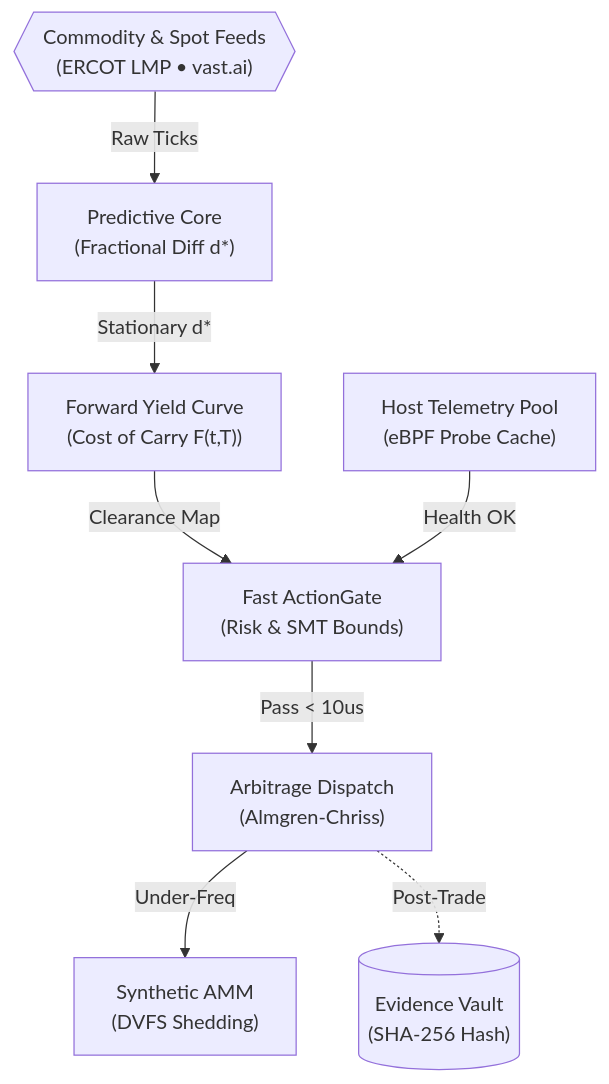
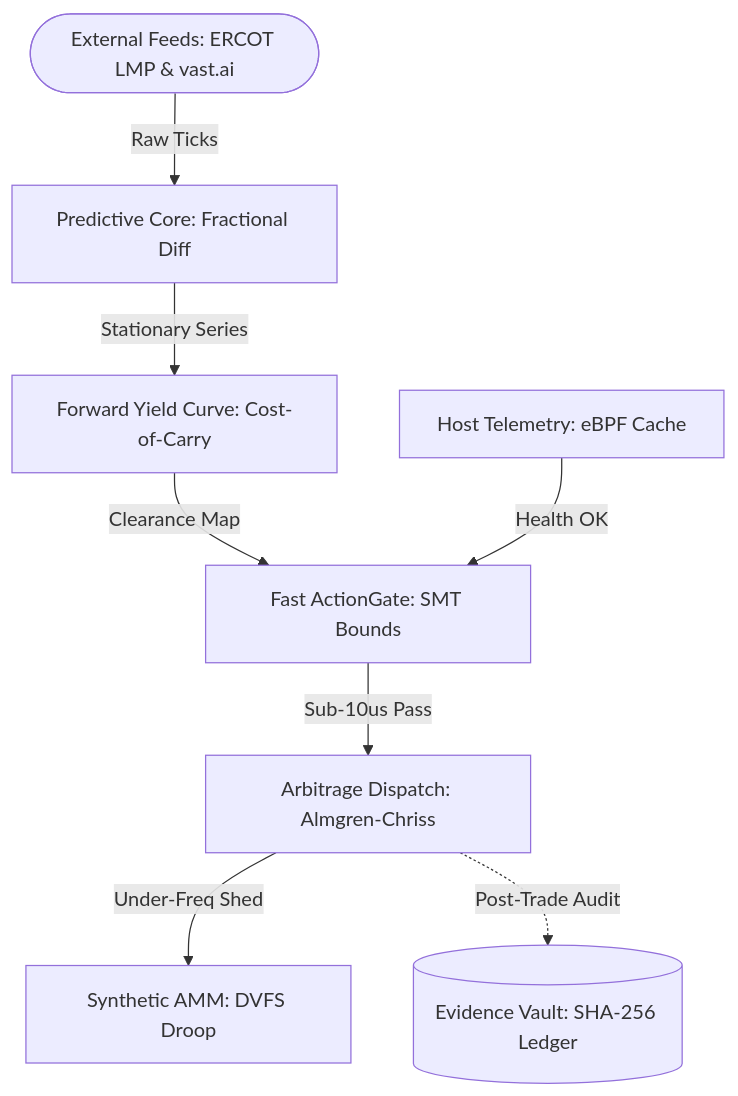
Before and after one commit to AAH20/apex-compute-energy-futures: the first of 3 diagrams in README.md, drawn with Mermaid. The commit also changed other lines of this file and 4 other files, not shown here.

Commit message:
fix(diagrams): sanitize mermaid syntax for 100% github native rendering

````diff
--- a/README.md
+++ b/README.md
@@ -40,12 +40,12 @@
 ```mermaid
 flowchart TD
-    EXT_FEEDS{{"Commodity & Spot Feeds<br>(ERCOT LMP • vast.ai)"}} -->|Raw Ticks| PRED["Predictive Core<br>(Fractional Diff d*)"]
-    PRED -->|Stationary d*| CURVE["Forward Yield Curve<br>(Cost of Carry F(t,T))"]
-    CURVE -->|Clearance Map| GATE["Fast ActionGate<br>(Risk & SMT Bounds)"]
+    EXT_FEEDS(["External Feeds: ERCOT LMP & vast.ai"]) -->|"Raw Ticks"| PRED["Predictive Core: Fractional Diff"]
+    PRED -->|"Stationary Series"| CURVE["Forward Yield Curve: Cost-of-Carry"]
+    CURVE -->|"Clearance Map"| GATE["Fast ActionGate: SMT Bounds"]
     
-    HEALTH["Host Telemetry Pool<br>(eBPF Probe Cache)"] -->|Health OK| GATE
-    GATE -->|Pass < 10us| EXEC["Arbitrage Dispatch<br>(Almgren-Chriss)"]
+    HEALTH["Host Telemetry: eBPF Cache"] -->|"Health OK"| GATE
+    GATE -->|"Sub-10us Pass"| EXEC["Arbitrage Dispatch: Almgren-Chriss"]
     
-    EXEC -->|Under-Freq| AMM["Synthetic AMM<br>(DVFS Shedding)"]
-    EXEC -.->|Post-Trade| AUDIT[("Evidence Vault<br>(SHA-256 Hash)")]
+    EXEC -->|"Under-Freq Shed"| AMM["Synthetic AMM: DVFS Droop"]
+    EXEC -.->|"Post-Trade Audit"| AUDIT[("Evidence Vault: SHA-256 Ledger")]
 ```
````
